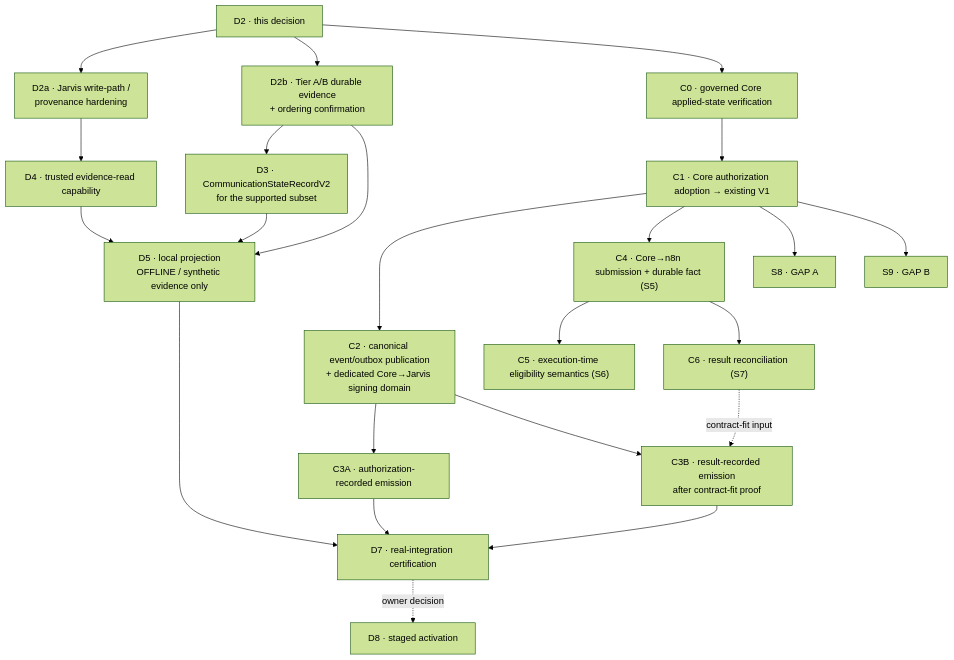
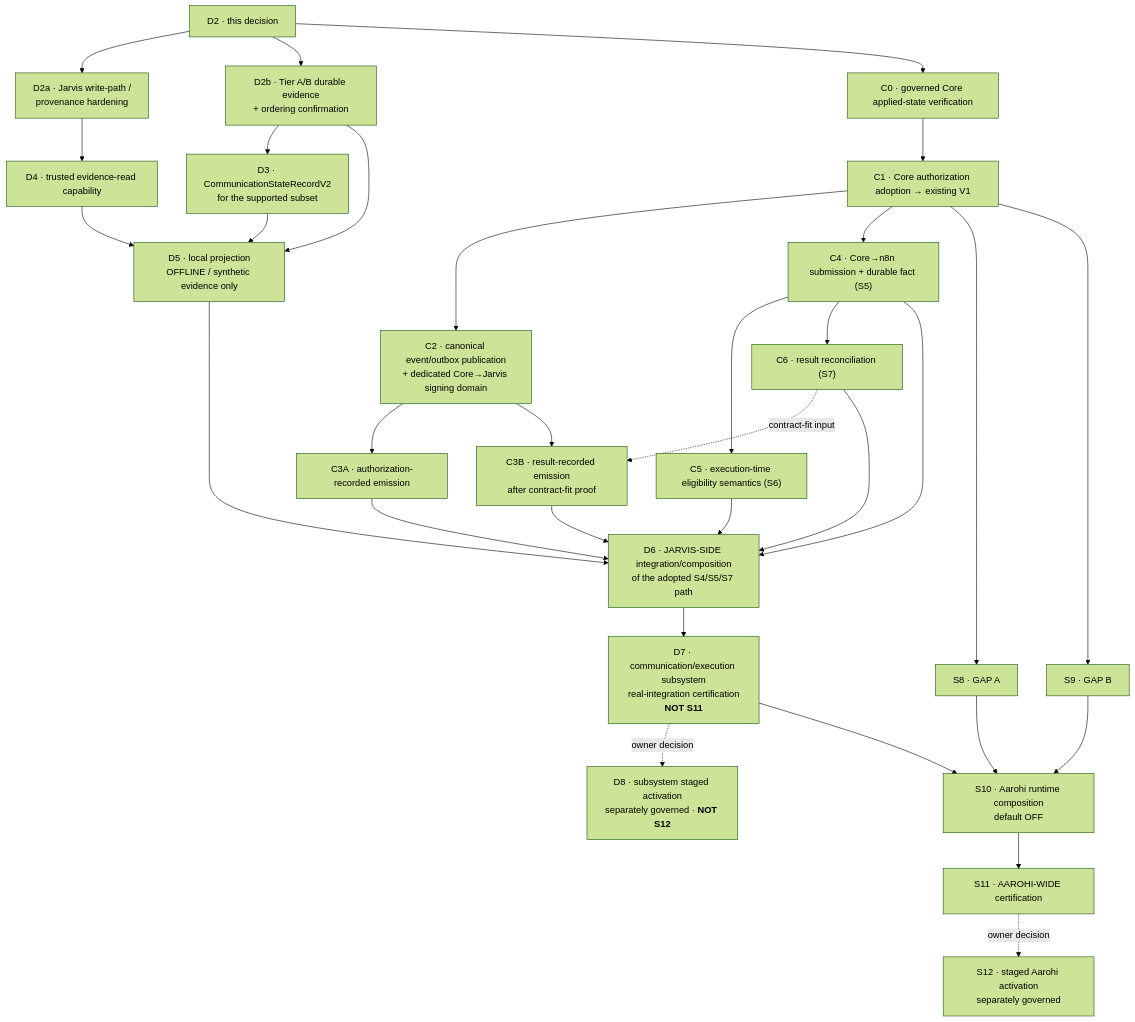
Before and after one commit to quickfurno-maker/qf-jarvis: the diagram in docs/architecture/qfj-p10-core-protocol-event-adoption-plan.md, drawn with Mermaid (forest theme). The commit also changed other lines of this file and 6 other files, not shown here.

First line of the commit message:
docs(architecture): apply owner ruling on the D7 entry gate

````diff
--- a/docs/architecture/qfj-p10-core-protocol-event-adoption-plan.md
+++ b/docs/architecture/qfj-p10-core-protocol-event-adoption-plan.md
@@ -229,39 +229,59 @@
 ```mermaid
 flowchart TD
     D2["D2 · this decision"]
     D2a["D2a · Jarvis write-path /<br/>provenance hardening"]
     D2b["D2b · Tier A/B durable evidence<br/>+ ordering confirmation"]
     D4["D4 · trusted evidence-read capability"]
     D3["D3 · CommunicationStateRecordV2<br/>for the supported subset"]
     D5["D5 · local projection<br/>OFFLINE / synthetic evidence only"]
     C0["C0 · governed Core applied-state verification"]
     C1["C1 · Core authorization adoption → existing V1"]
     C2["C2 · canonical event/outbox publication<br/>+ dedicated Core→Jarvis signing domain"]
     C3A["C3A · authorization-recorded emission"]
     C3B["C3B · result-recorded emission<br/>after contract-fit proof"]
     C4["C4 · Core→n8n submission + durable fact (S5)"]
     C5["C5 · execution-time eligibility semantics (S6)"]
     C6["C6 · result reconciliation (S7)"]
     S8["S8 · GAP A"]
     S9["S9 · GAP B"]
-    D7["D7 · real-integration certification"]
-    D8["D8 · staged activation"]
+    D6["D6 · JARVIS-SIDE integration/composition<br/>of the adopted S4/S5/S7 path"]
+    D7["D7 · communication/execution subsystem<br/>real-integration certification<br/><b>NOT S11</b>"]
+    D8["D8 · subsystem staged activation<br/>separately governed · <b>NOT S12</b>"]
+    S10["S10 · Aarohi runtime composition<br/>default OFF"]
+    S11["S11 · AAROHI-WIDE certification"]
+    S12["S12 · staged Aarohi activation<br/>separately governed"]
 
     D2 --> D2a --> D4
     D2 --> D2b --> D3
     D3 --> D5
     D4 --> D5
     D2b --> D5
     D2 --> C0 --> C1 --> C2
     C2 --> C3A
     C2 --> C3B
     C1 --> C4 --> C5
     C4 --> C6
     C6 -.contract-fit input.-> C3B
     C1 --> S8
     C1 --> S9
-    D5 --> D7
-    C3A --> D7
-    C3B --> D7
+
+    %% Layer A — the narrower communication/execution subsystem.
+    %% The C-track adopts external capability; D6 integrates it on the Jarvis side.
+    %% Neither replaces the other, and S8/S9 are deliberately NOT in this path.
+    C3A --> D6
+    C3B --> D6
+    C4 --> D6
+    C5 --> D6
+    C6 --> D6
+    D5 --> D6
+    D6 --> D7
     D7 -.owner decision.-> D8
+
+    %% Layer B — the Aarohi-wide runtime. It consumes the ALREADY-certified subsystem
+    %% and additionally requires S8 and S9, which gate this layer and not D7.
+    D7 --> S10
+    S8 --> S10
+    S9 --> S10
+    S10 --> S11
+    S11 -.owner decision.-> S12
 ```
````
